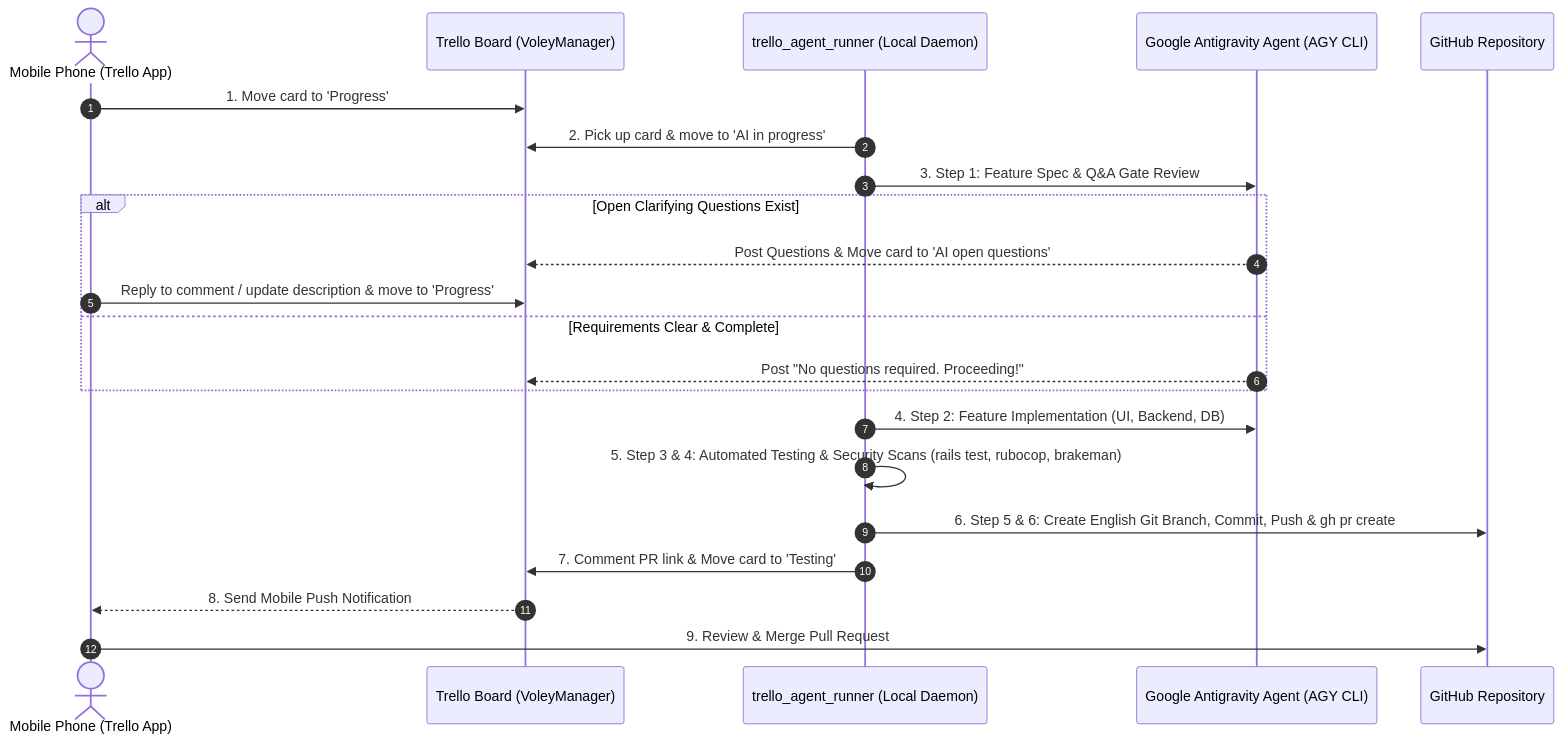
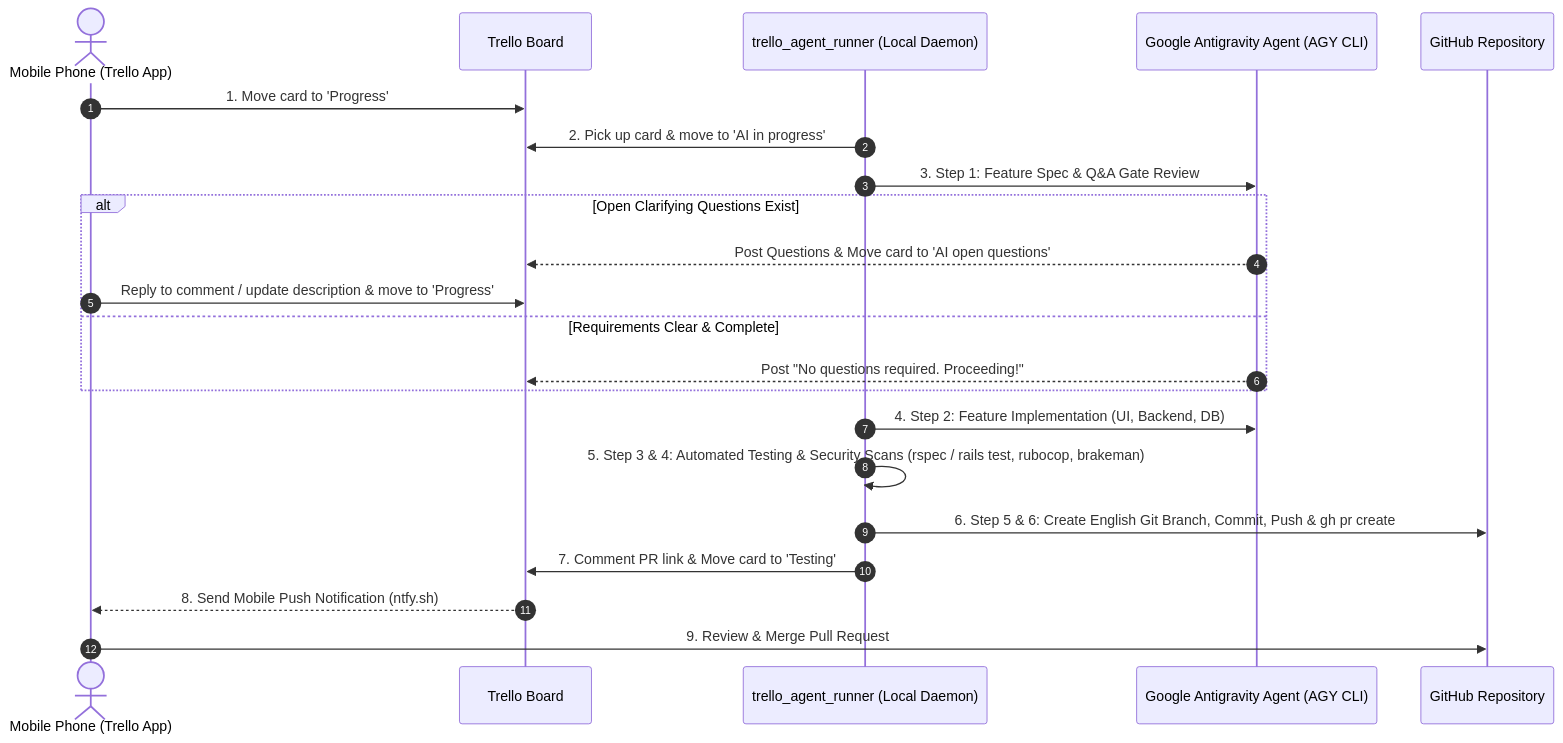
One commit to FrancoRodriguez/trello-agent-automation changed the diagram in README.md. Above: the diagram before and after it, drawn with Mermaid. The commit also changed other lines of this file and 2 other files, not shown here.

Commit message:
docs: document 6-step feature pipeline skill and ntfy.sh push notifications

````diff
--- a/README.md
+++ b/README.md
@@ -25,25 +27,25 @@
 ```mermaid
 sequenceDiagram
     autonumber
     actor User as Mobile Phone (Trello App)
-    participant Trello as Trello Board (VoleyManager)
+    participant Trello as Trello Board
     participant Watcher as trello_agent_runner (Local Daemon)
     participant AGY as Google Antigravity Agent (AGY CLI)
     participant GitHub as GitHub Repository
 
     User->>Trello: 1. Move card to 'Progress'
     Watcher->>Trello: 2. Pick up card & move to 'AI in progress'
     Watcher->>AGY: 3. Step 1: Feature Spec & Q&A Gate Review
     alt Open Clarifying Questions Exist
         AGY-->>Trello: Post Questions & Move card to 'AI open questions'
         User->>Trello: Reply to comment / update description & move to 'Progress'
     else Requirements Clear & Complete
         AGY-->>Trello: Post "No questions required. Proceeding!"
     end
     Watcher->>AGY: 4. Step 2: Feature Implementation (UI, Backend, DB)
-    Watcher->>Watcher: 5. Step 3 & 4: Automated Testing & Security Scans (rails test, rubocop, brakeman)
+    Watcher->>Watcher: 5. Step 3 & 4: Automated Testing & Security Scans (rspec / rails test, rubocop, brakeman)
     Watcher->>GitHub: 6. Step 5 & 6: Create English Git Branch, Commit, Push & gh pr create
     Watcher->>Trello: 7. Comment PR link & Move card to 'Testing'
-    Trello-->>User: 8. Send Mobile Push Notification
+    Trello-->>User: 8. Send Mobile Push Notification (ntfy.sh)
     User->>GitHub: 9. Review & Merge Pull Request
 ```
````
